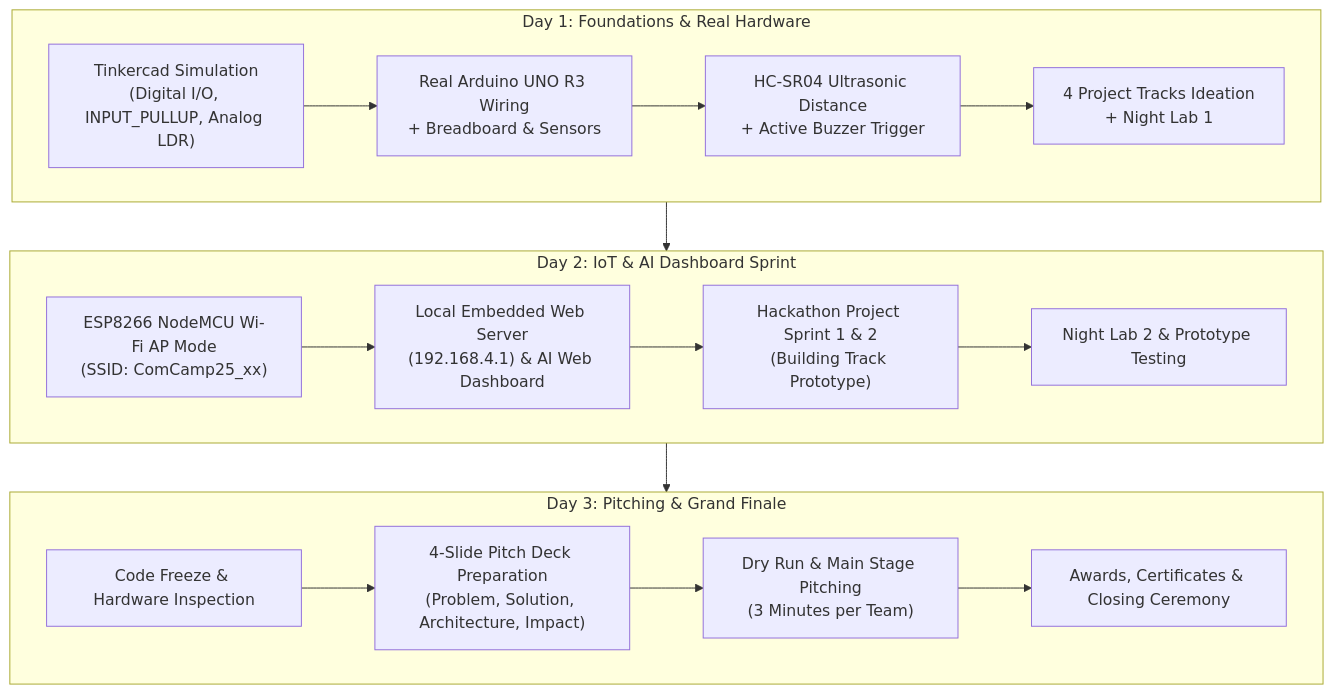
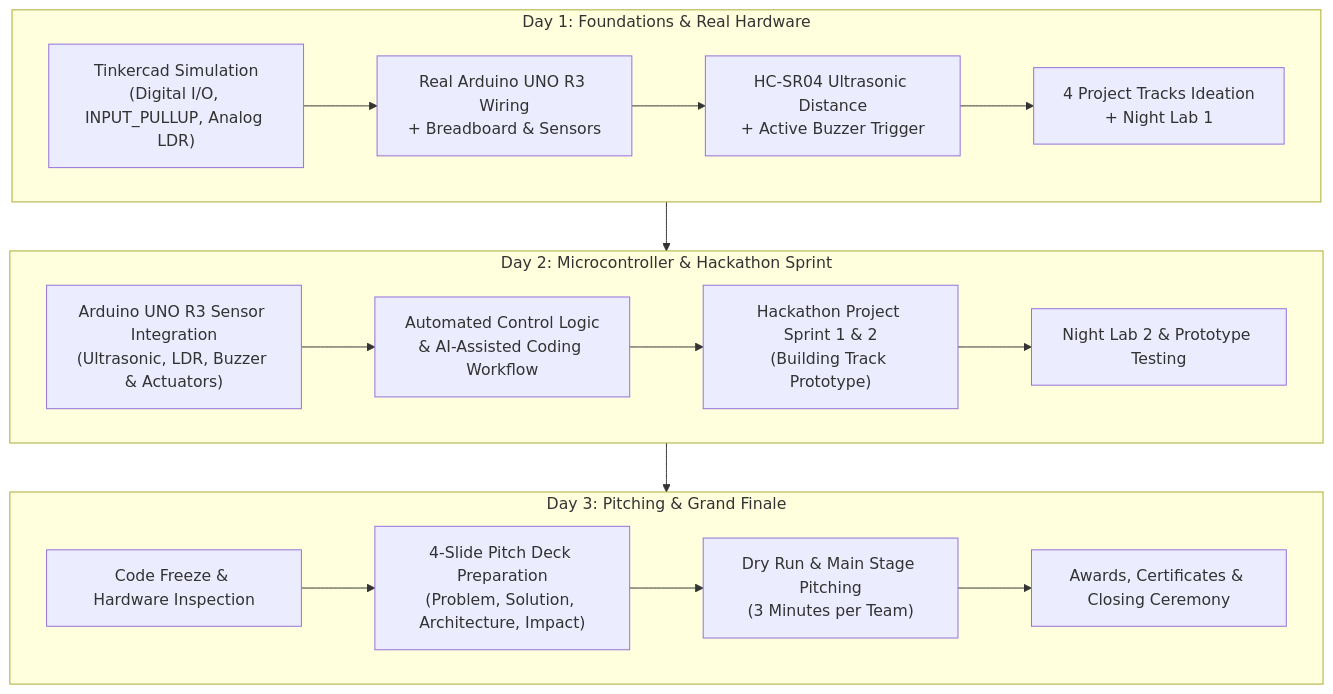
Before and after one commit to numcayX2/Comcamp-25th: the diagram in HANDOFF.md, drawn with Mermaid. The commit also changed other lines of this file and 13 other files, not shown here.

Commit message:
chore(backend,docs): align curriculum references to Microcontroller (Arduino UNO R3)

````diff
--- a/HANDOFF.md
+++ b/HANDOFF.md
@@ -114,22 +114,22 @@
 ```mermaid
 flowchart TD
     subgraph Day1["Day 1: Foundations & Real Hardware"]
         D1A["Tinkercad Simulation<br/>(Digital I/O, INPUT_PULLUP, Analog LDR)"] --> D1B["Real Arduino UNO R3 Wiring<br/>+ Breadboard & Sensors"]
         D1B --> D1C["HC-SR04 Ultrasonic Distance<br/>+ Active Buzzer Trigger"]
         D1C --> D1D["4 Project Tracks Ideation<br/>+ Night Lab 1"]
     end
 
-    subgraph Day2["Day 2: IoT & AI Dashboard Sprint"]
-        D2A["ESP8266 NodeMCU Wi-Fi AP Mode<br/>(SSID: ComCamp25_xx)"] --> D2B["Local Embedded Web Server<br/>(192.168.4.1) & AI Web Dashboard"]
+    subgraph Day2["Day 2: Microcontroller & Hackathon Sprint"]
+        D2A["Arduino UNO R3 Sensor Integration<br/>(Ultrasonic, LDR, Buzzer & Actuators)"] --> D2B["Automated Control Logic<br/>& AI-Assisted Coding Workflow"]
         D2B --> D2C["Hackathon Project Sprint 1 & 2<br/>(Building Track Prototype)"]
         D2C --> D2D["Night Lab 2 & Prototype Testing"]
     end
 
     subgraph Day3["Day 3: Pitching & Grand Finale"]
         D3A["Code Freeze & Hardware Inspection"] --> D3B["4-Slide Pitch Deck Preparation<br/>(Problem, Solution, Architecture, Impact)"]
         D3B --> D3C["Dry Run & Main Stage Pitching<br/>(3 Minutes per Team)"]
         D3C --> D3D["Awards, Certificates & Closing Ceremony"]
     end
 
     Day1 --> Day2 --> Day3
 ```
````
